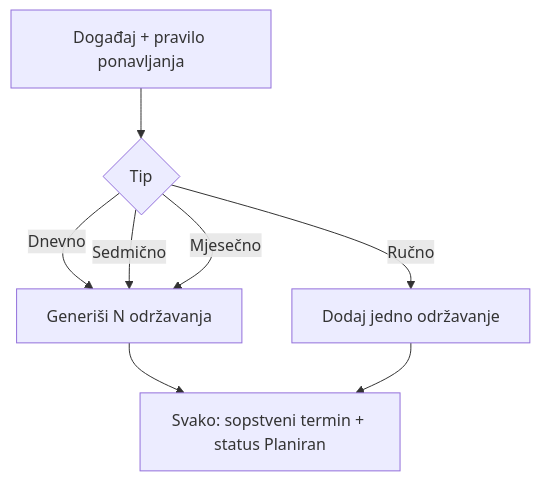
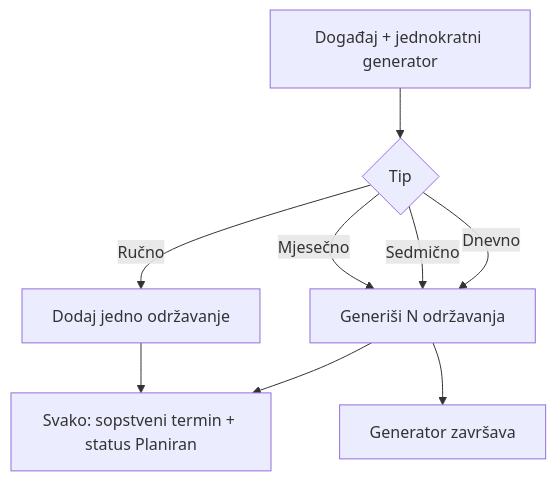
One commit to GoranOpK/digital.kotor.me changed the third of 6 diagrams in docs/technical-specifications/Technical-Specification_Odrzavanje.md. Above: the diagram before and after it, drawn with Mermaid. The commit also changed other lines of this file and 3 other files, not shown here.

````diff
--- a/docs/technical-specifications/Technical-Specification_Odrzavanje.md
+++ b/docs/technical-specifications/Technical-Specification_Odrzavanje.md
@@ -468,10 +492,11 @@
 ```mermaid
 flowchart TD
-  A[Događaj + pravilo ponavljanja] --> B{Tip}
+  A[Događaj + jednokratni generator] --> B{Tip}
   B -->|Dnevno| C[Generiši N održavanja]
   B -->|Sedmično| C
   B -->|Mjesečno| C
   B -->|Ručno| D[Dodaj jedno održavanje]
   C --> E[Svako: sopstveni termin + status Planiran]
+  C --> F[Generator završava]
   D --> E
 ```
````
